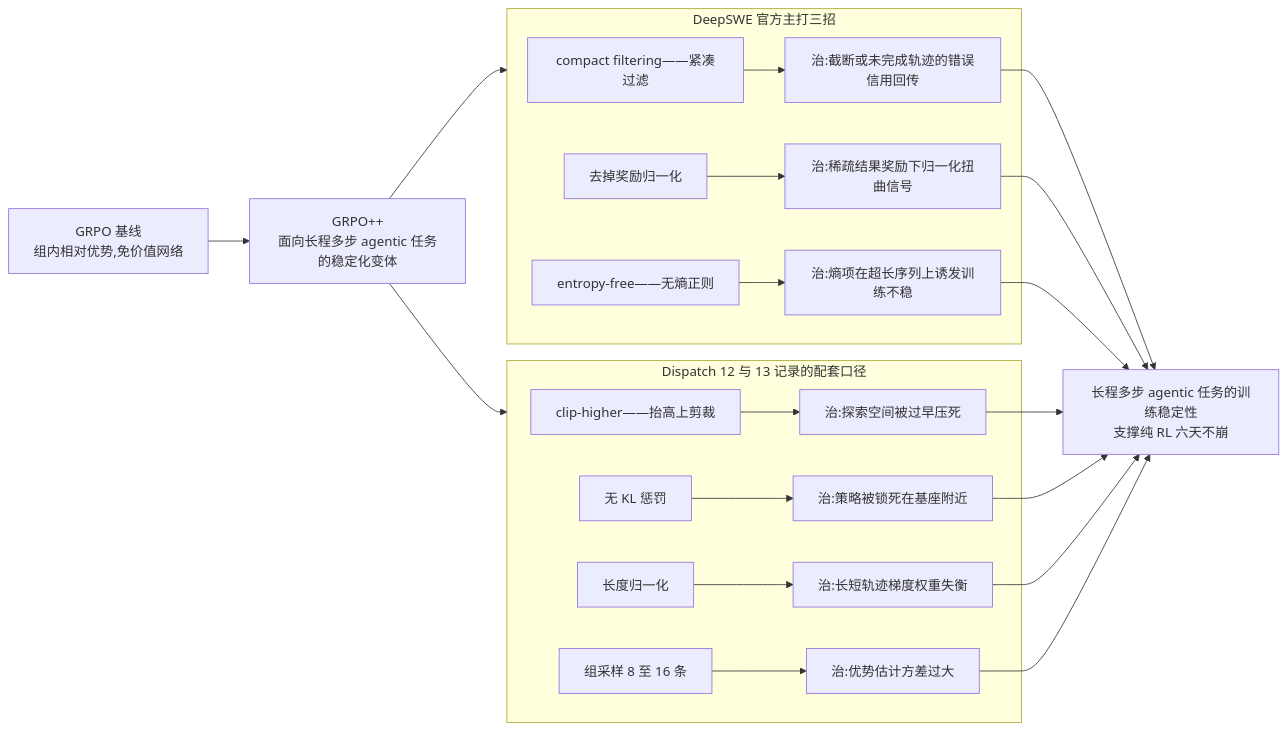
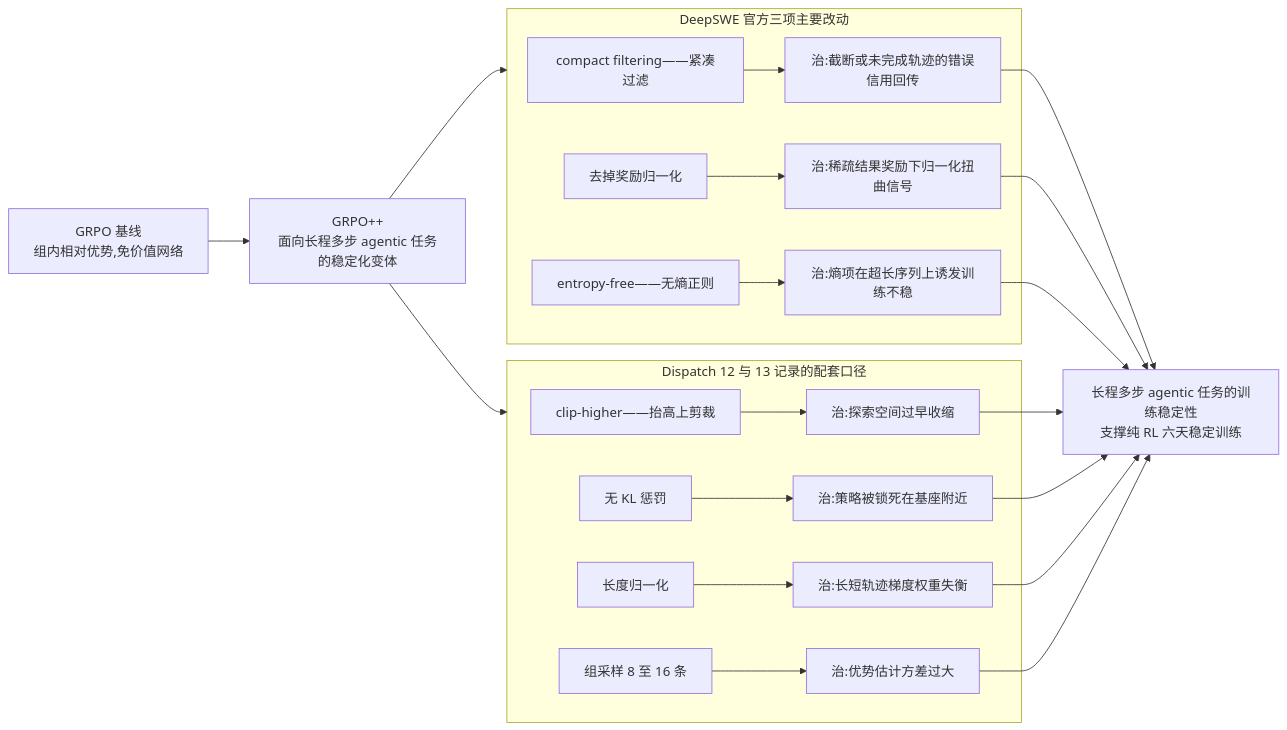
Before and after one commit to lloo099/mission44: the fourth of 5 diagrams in docs/blog/dispatch-22-deepswe-rllm.md, drawn with Mermaid. The commit also changed other lines of this file and 22 other files, not shown here.

````diff
--- a/docs/blog/dispatch-22-deepswe-rllm.md
+++ b/docs/blog/dispatch-22-deepswe-rllm.md
@@ -134,27 +134,27 @@
 ```mermaid
 flowchart LR
     G["GRPO 基线<br>组内相对优势,免价值网络"] --> GPP["GRPO++<br>面向长程多步 agentic 任务的稳定化变体"]
 
-    subgraph MAIN ["DeepSWE 官方主打三招"]
+    subgraph MAIN ["DeepSWE 官方三项主要改动"]
         M1["compact filtering——紧凑过滤"] --> C1["治:截断或未完成轨迹的错误信用回传"]
         M2["去掉奖励归一化"] --> C2["治:稀疏结果奖励下归一化扭曲信号"]
         M3["entropy-free——无熵正则"] --> C3["治:熵项在超长序列上诱发训练不稳"]
     end
 
     subgraph EXTRA ["Dispatch 12 与 13 记录的配套口径"]
-        M4["clip-higher——抬高上剪裁"] --> C4["治:探索空间被过早压死"]
+        M4["clip-higher——抬高上剪裁"] --> C4["治:探索空间过早收缩"]
         M5["无 KL 惩罚"] --> C5["治:策略被锁死在基座附近"]
         M6["长度归一化"] --> C6["治:长短轨迹梯度权重失衡"]
         M7["组采样 8 至 16 条"] --> C7["治:优势估计方差过大"]
     end
 
     GPP --> MAIN
     GPP --> EXTRA
-    C1 --> STAB["长程多步 agentic 任务的训练稳定性<br>支撑纯 RL 六天不崩"]
+    C1 --> STAB["长程多步 agentic 任务的训练稳定性<br>支撑纯 RL 六天稳定训练"]
     C2 --> STAB
     C3 --> STAB
     C4 --> STAB
     C5 --> STAB
     C6 --> STAB
     C7 --> STAB
 ```
````
